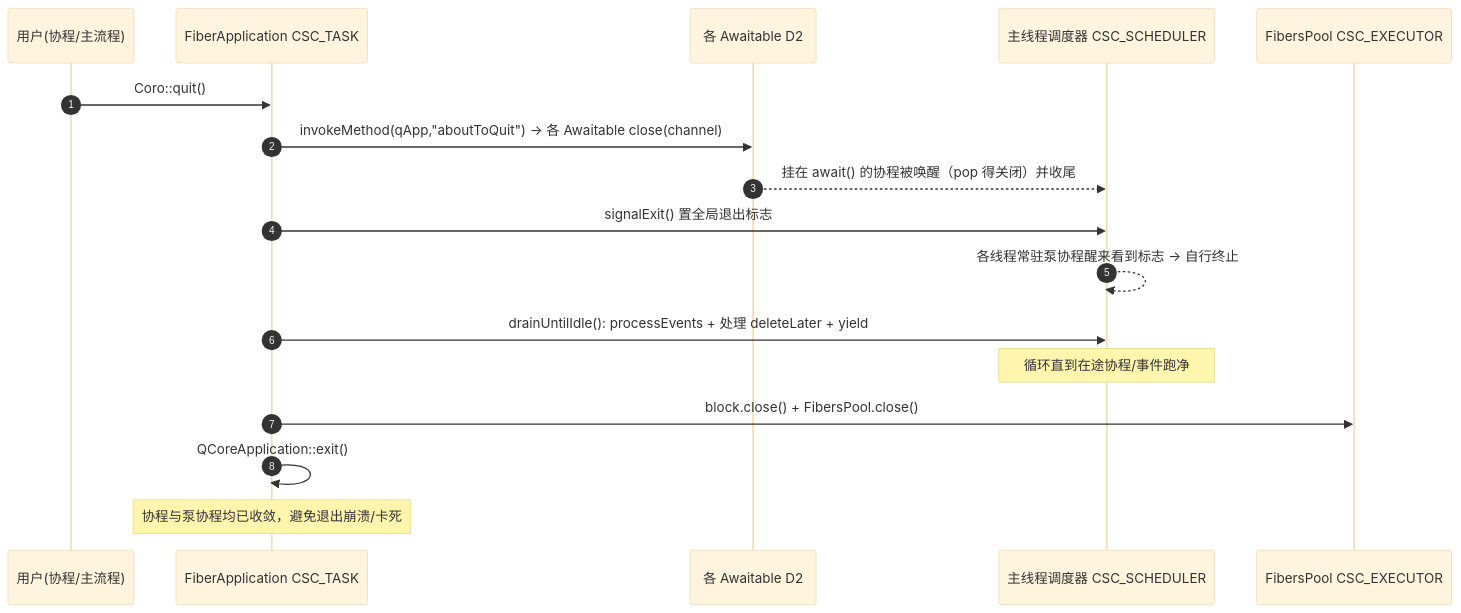
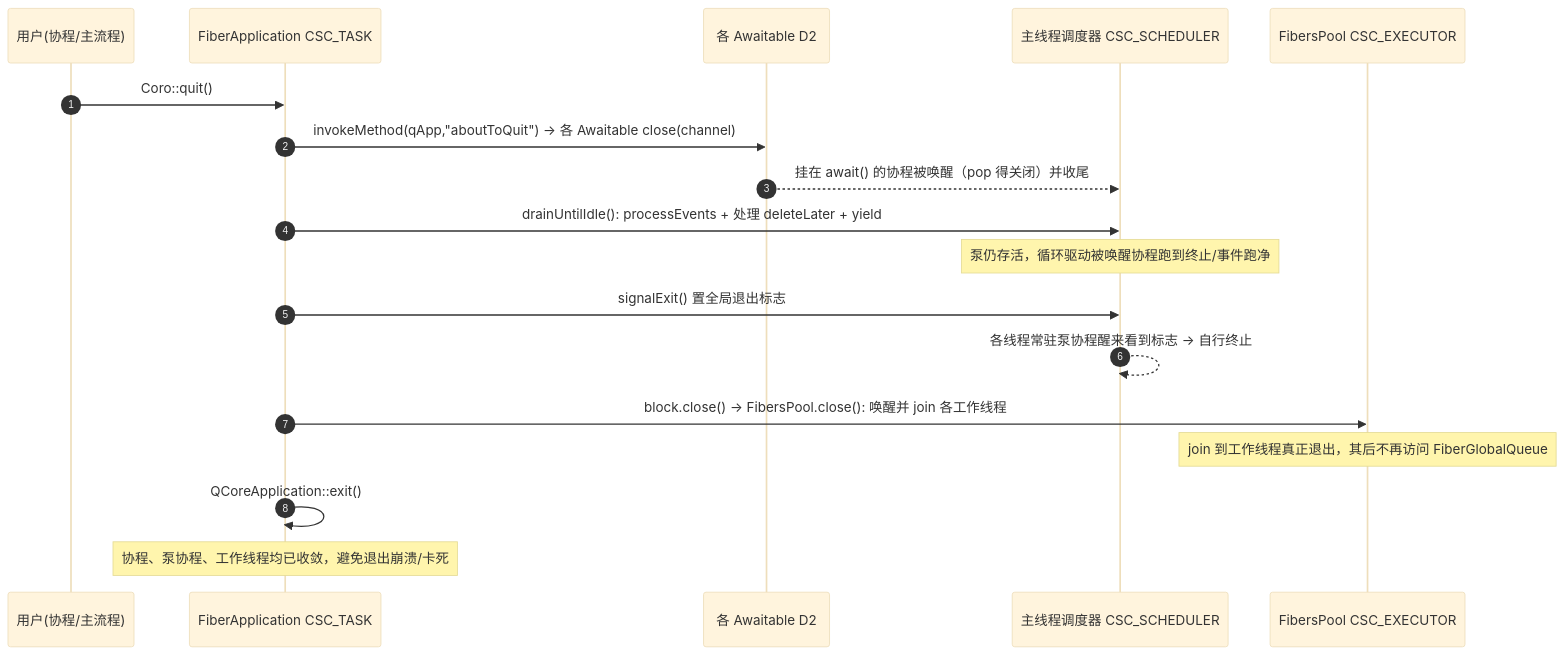
Before and after one commit to Ste7an-cs/AsyncTask: diagram 13 of 16 in doc/软件设计说明.md, drawn with Mermaid (base theme). The commit also changed other lines of this file and 3 other files, not shown here.

````diff
--- a/doc/软件设计说明.md
+++ b/doc/软件设计说明.md
@@ -539,20 +539,21 @@
 ```mermaid
 sequenceDiagram
     autonumber
     participant U as 用户(协程/主流程)
     participant App as FiberApplication CSC_TASK
     participant AW as 各 Awaitable D2
     participant Sch as 主线程调度器 CSC_SCHEDULER
     participant Pool as FibersPool CSC_EXECUTOR
 
     U->>App: Coro::quit()
     App->>AW: invokeMethod(qApp,"aboutToQuit") → 各 Awaitable close(channel)
     AW-->>Sch: 挂在 await() 的协程被唤醒（pop 得关闭）并收尾
+    App->>Sch: drainUntilIdle(): processEvents + 处理 deleteLater + yield
+    Note over Sch: 泵仍存活，循环驱动被唤醒协程跑到终止/事件跑净
     App->>Sch: signalExit() 置全局退出标志
     Sch-->>Sch: 各线程常驻泵协程醒来看到标志 → 自行终止
-    App->>Sch: drainUntilIdle(): processEvents + 处理 deleteLater + yield
-    Note over Sch: 循环直到在途协程/事件跑净
-    App->>Pool: block.close() + FibersPool.close()
+    App->>Pool: block.close() → FibersPool.close(): 唤醒并 join 各工作线程
+    Note over Pool: join 到工作线程真正退出，其后不再访问 FiberGlobalQueue
     App->>App: QCoreApplication::exit()
-    Note over App: 协程与泵协程均已收敛，避免退出崩溃/卡死
+    Note over App: 协程、泵协程、工作线程均已收敛，避免退出崩溃/卡死
 ```
````
